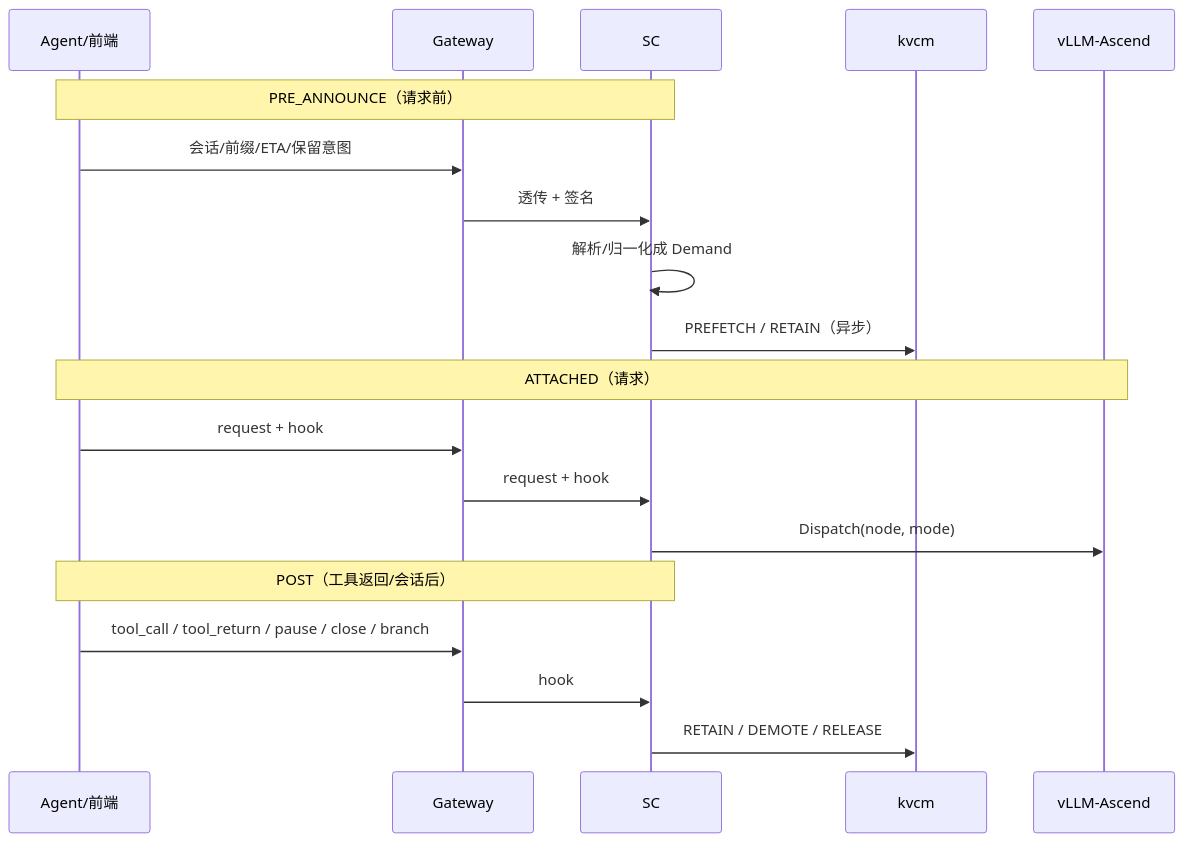
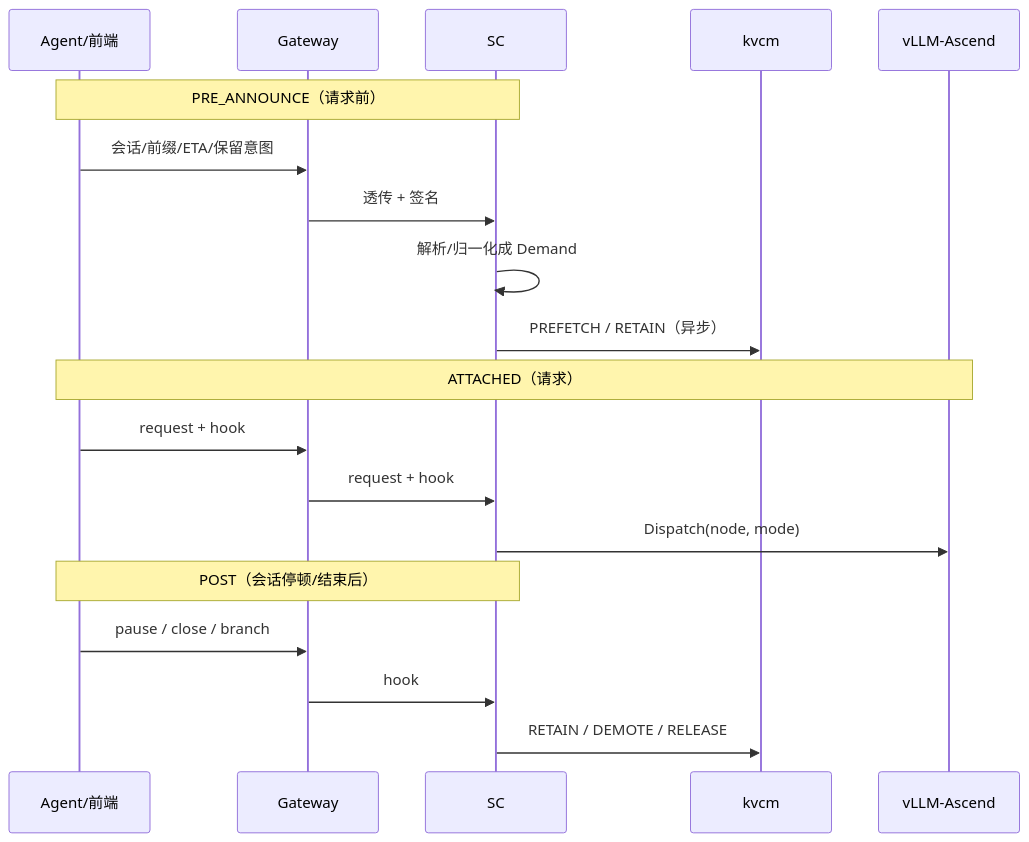
One commit to 5x8-40/lake changed the fifth of 7 diagrams in kvcm/design/D8-joint-scheduling.md. Above: the diagram before and after it, drawn with Mermaid. The commit also changed other lines of this file and 5 other files, not shown here.

````diff
--- a/kvcm/design/D8-joint-scheduling.md
+++ b/kvcm/design/D8-joint-scheduling.md
@@ -297,24 +297,24 @@
 ```mermaid
 sequenceDiagram
     participant A as Agent/前端
     participant G as Gateway
     participant R as SC
     participant K as kvcm
     participant W as vLLM-Ascend
 
     Note over A,R: PRE_ANNOUNCE（请求前）
     A->>G: 会话/前缀/ETA/保留意图
     G->>R: 透传 + 签名
     R->>R: 解析/归一化成 Demand
     R->>K: PREFETCH / RETAIN（异步）
 
     Note over A,W: ATTACHED（请求）
     A->>G: request + hook
     G->>R: request + hook
     R->>W: Dispatch(node, mode)
 
-    Note over A,R: POST（工具返回/会话后）
-    A->>G: tool_call / tool_return / pause / close / branch
+    Note over A,R: POST（会话停顿/结束后）
+    A->>G: pause / close / branch
     G->>R: hook
     R->>K: RETAIN / DEMOTE / RELEASE
 ```
````
